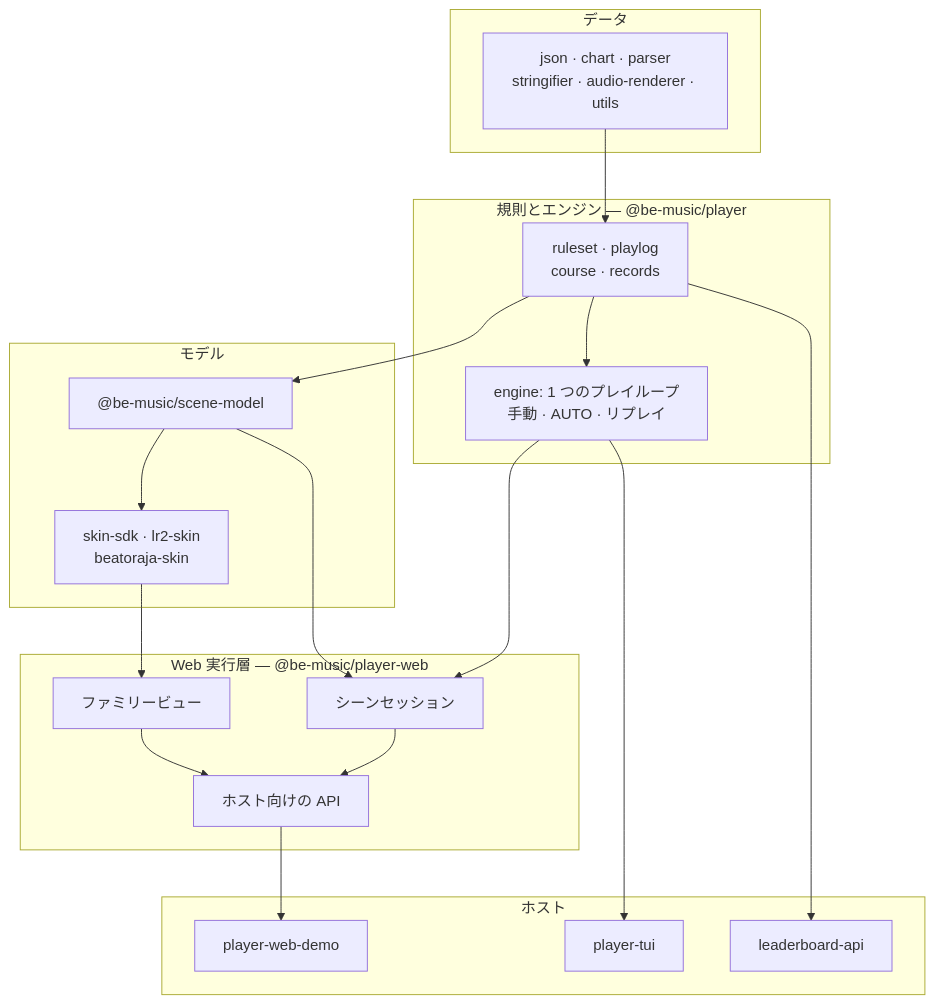
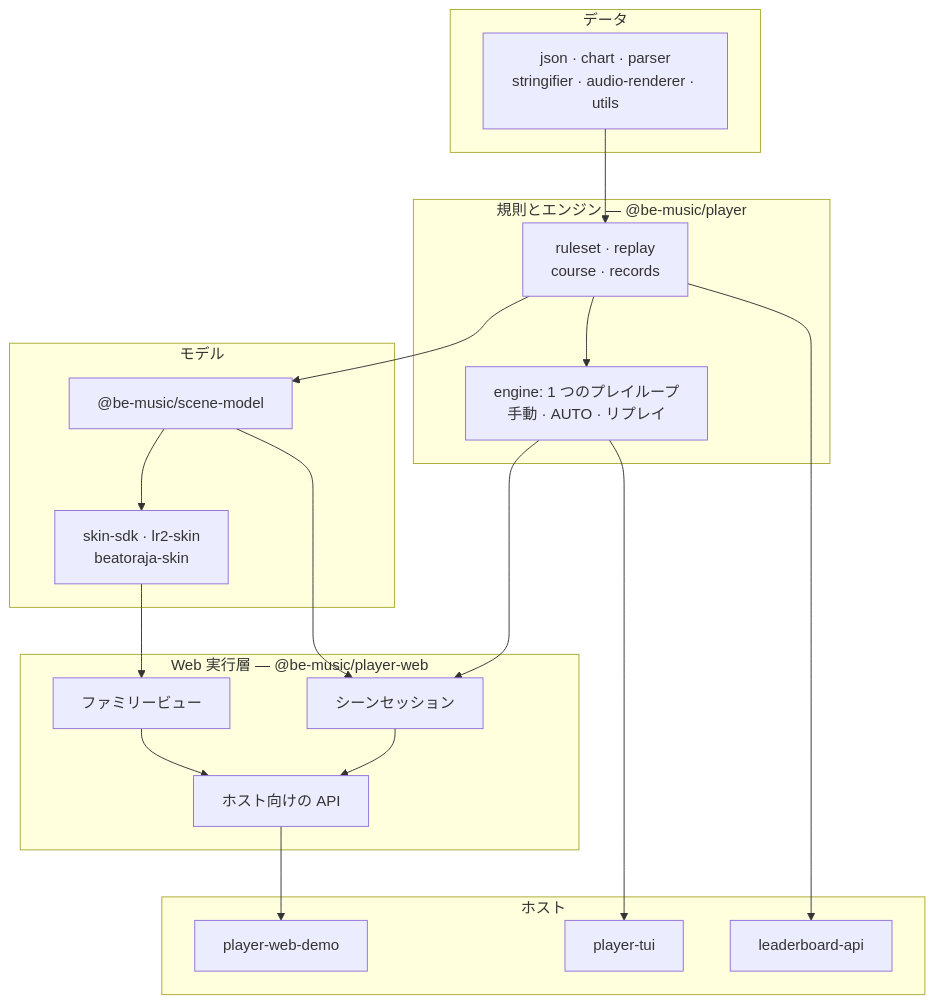
Before and after one commit to nulltask/be-music: the third of 3 diagrams in docs/architecture.ja.md, drawn with Mermaid. The commit also changed other lines of this file and 603 other files, not shown here.

Commit message:
refactor: align chart, replay, and judgment terminology

````diff
--- a/docs/architecture.ja.md
+++ b/docs/architecture.ja.md
@@ -179,35 +179,35 @@
 ```mermaid
 flowchart TD
   subgraph data["データ"]
     d["json · chart · parser<br/>stringifier · audio-renderer · utils"]
   end
   subgraph domain["規則とエンジン — @be-music/player"]
-    rules["ruleset · playlog<br/>course · records"]
+    rules["ruleset · replay<br/>course · records"]
     engine["engine: 1 つのプレイループ<br/>手動 · AUTO · リプレイ"]
   end
   subgraph models["モデル"]
     scene["@be-music/scene-model"]
     skins["skin-sdk · lr2-skin<br/>beatoraja-skin"]
   end
   subgraph web["Web 実行層 — @be-music/player-web"]
     sessions["シーンセッション"]
     views["ファミリービュー"]
     hostApi["ホスト向けの API"]
   end
   subgraph hosts["ホスト"]
     demo["player-web-demo"]
     tui["player-tui"]
     lb["leaderboard-api"]
   end
 
   d --> rules --> engine
   rules --> scene --> skins
   engine --> sessions
   scene --> sessions
   skins --> views
   sessions --> hostApi
   views --> hostApi
   hostApi --> demo
   engine --> tui
   rules --> lb
 ```
````
